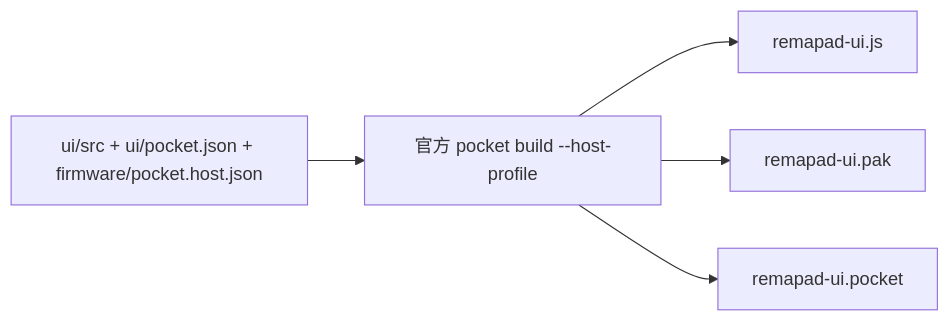
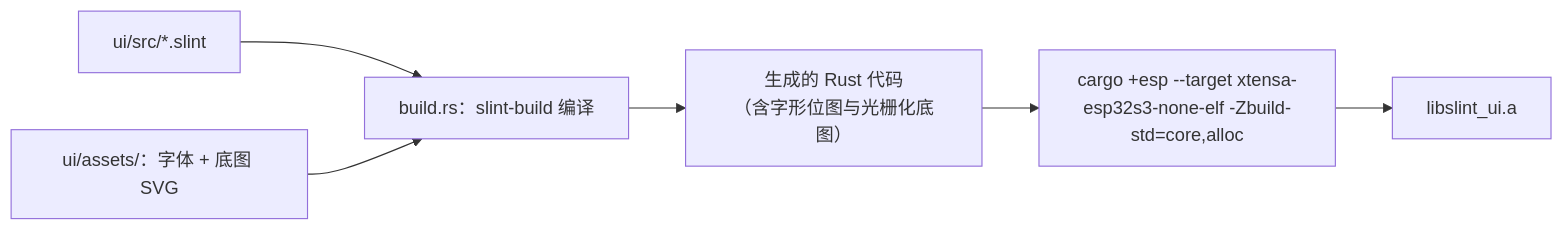
The third of 9 diagrams in docs/ARCHITECTURE.md (slime7/remapad), drawn with Mermaid before and after one commit. The commit also changed other lines of this file and 196 other files, not shown here.

First line of the commit message:
feat(ui): 屏幕 UI 改用 Slint + Rust，撤掉 PocketJS 运行时与 Node 工具链

````diff
--- a/docs/ARCHITECTURE.md
+++ b/docs/ARCHITECTURE.md
@@ -146,13 +131,15 @@
 ```mermaid
 flowchart LR
-    Source["ui/src + ui/pocket.json + firmware/pocket.host.json"]
-    Build["官方 pocket build --host-profile"]
-    JS["remapad-ui.js"]
-    Pak["remapad-ui.pak"]
-    Pocket["remapad-ui.pocket"]
+    Source["ui/src/*.slint"]
+    Assets["ui/assets/：字体 + 底图 SVG"]
+    SlintBuild["build.rs：slint-build 编译"]
+    Code["生成的 Rust 代码<br/>（含字形位图与光栅化底图）"]
+    Cargo["cargo +esp --target xtensa-esp32s3-none-elf -Zbuild-std=core,alloc"]
+    Lib["libslint_ui.a"]
 
-    Source --> Build
-    Build --> JS
-    Build --> Pak
-    Build --> Pocket
+    Source --> SlintBuild
+    Assets --> SlintBuild
+    SlintBuild --> Code
+    Code --> Cargo
+    Cargo --> Lib
 ```
````
